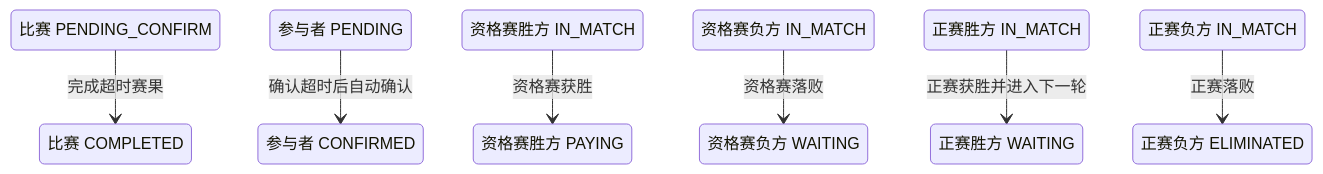
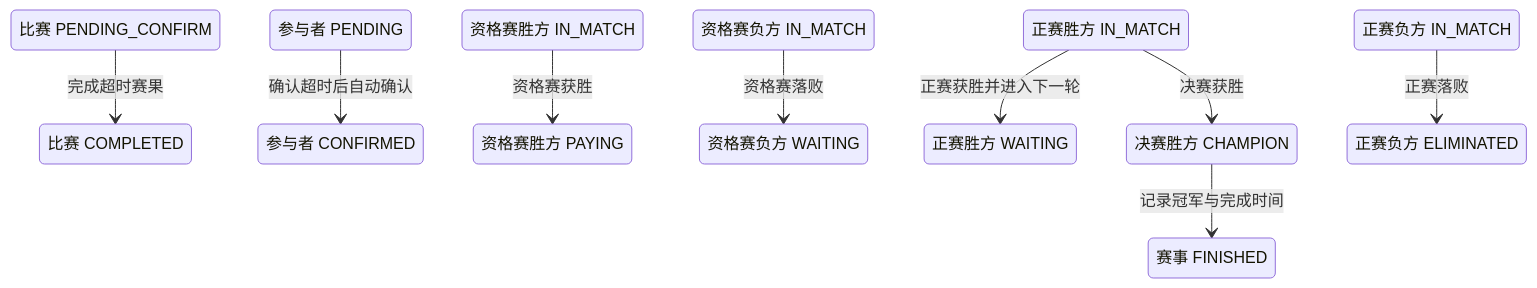
Before and after one commit to chxt100016/Rally: the diagram in blueprint/product/tournament/result-confirmation-timeout.md, drawn with Mermaid. The commit also changed other lines of this file and 170 other files, not shown here.

````diff
--- a/blueprint/product/tournament/result-confirmation-timeout.md
+++ b/blueprint/product/tournament/result-confirmation-timeout.md
@@ -65,22 +67,26 @@
 ```mermaid
 stateDiagram-v2
     state "比赛 PENDING_CONFIRM" as MATCH_PENDING_CONFIRM
     state "比赛 COMPLETED" as MATCH_COMPLETED
     state "参与者 PENDING" as RESULT_PENDING
     state "参与者 CONFIRMED" as RESULT_CONFIRMED
     state "资格赛胜方 IN_MATCH" as QUALIFY_WINNER_IN_MATCH
     state "资格赛胜方 PAYING" as QUALIFY_WINNER_PAYING
     state "资格赛负方 IN_MATCH" as QUALIFY_LOSER_IN_MATCH
     state "资格赛负方 WAITING" as QUALIFY_LOSER_WAITING
     state "正赛胜方 IN_MATCH" as MAIN_WINNER_IN_MATCH
     state "正赛胜方 WAITING" as MAIN_WINNER_WAITING
     state "正赛负方 IN_MATCH" as MAIN_LOSER_IN_MATCH
     state "正赛负方 ELIMINATED" as MAIN_LOSER_ELIMINATED
+    state "决赛胜方 CHAMPION" as FINAL_WINNER_CHAMPION
+    state "赛事 FINISHED" as TOURNAMENT_FINISHED
 
     RESULT_PENDING --> RESULT_CONFIRMED : 确认超时后自动确认
     MATCH_PENDING_CONFIRM --> MATCH_COMPLETED : 完成超时赛果
     QUALIFY_WINNER_IN_MATCH --> QUALIFY_WINNER_PAYING : 资格赛获胜
     QUALIFY_LOSER_IN_MATCH --> QUALIFY_LOSER_WAITING : 资格赛落败
     MAIN_WINNER_IN_MATCH --> MAIN_WINNER_WAITING : 正赛获胜并进入下一轮
     MAIN_LOSER_IN_MATCH --> MAIN_LOSER_ELIMINATED : 正赛落败
+    MAIN_WINNER_IN_MATCH --> FINAL_WINNER_CHAMPION : 决赛获胜
+    FINAL_WINNER_CHAMPION --> TOURNAMENT_FINISHED : 记录冠军与完成时间
 ```
````
